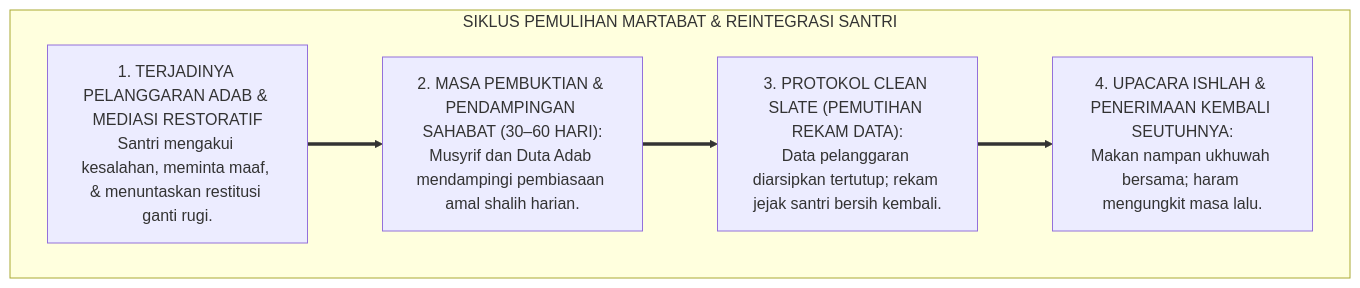
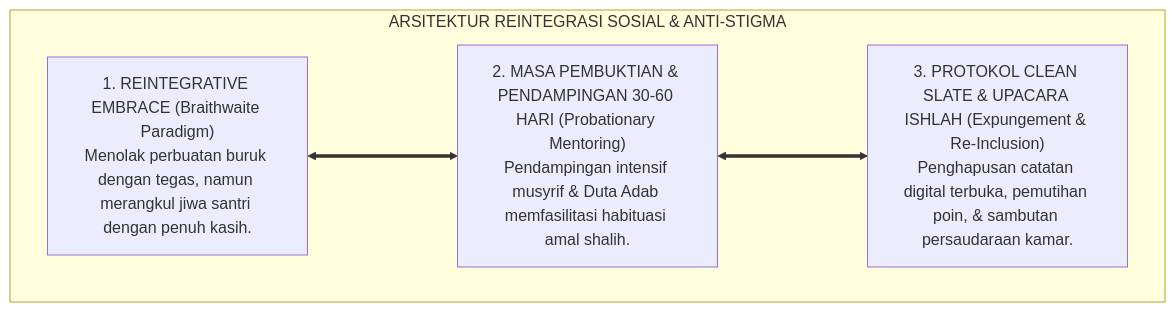
The second of 3 diagrams in 02 Principles/06 Intervention Principles/P2-06-06-Prinsip-Reintegrasi-dan-Pemulihan-Stigma-Santri-Pasca-Pelanggaran.md (wandiapriliyandi/tumbuh), drawn with Mermaid before and after one commit. The commit also changed other lines of this file and 7 other files, not shown here.

````diff
--- a/02 Principles/06 Intervention Principles/P2-06-06-Prinsip-Reintegrasi-dan-Pemulihan-Stigma-Santri-Pasca-Pelanggaran.md
+++ b/02 Principles/06 Intervention Principles/P2-06-06-Prinsip-Reintegrasi-dan-Pemulihan-Stigma-Santri-Pasca-Pelanggaran.md
@@ -53,14 +113,13 @@
 ```mermaid
 flowchart TD
-    subgraph DinamikaReintegrasiTUMBUH["SIKLUS PEMULIHAN MARTABAT & REINTEGRASI SANTRI"]
-        Pelanggaran["1. TERJADINYA PELANGGARAN ADAB & MEDIASI RESTORATIF<br/>Santri mengakui kesalahan, meminta maaf, & menuntaskan restitusi ganti rugi."]
+    subgraph ArsitekturReintegrasiTUMBUH["ARSITEKTUR REINTEGRASI SOSIAL & ANTI-STIGMA"]
         
-        MasaTransisi["2. MASA PEMBUKTIAN & PENDAMPINGAN SAHABAT (30–60 HARI):<br/>Musyrif dan Duta Adab mendampingi pembiasaan amal shalih harian."]
+        S1_Sayap["1. REINTEGRATIVE EMBRACE (Braithwaite Paradigm)<br/>Menolak perbuatan buruk dengan tegas, namun merangkul jiwa santri dengan penuh kasih."]
         
-        PembersihanJejak["3. PROTOKOL CLEAN SLATE (PEMUTIHAN REKAM DATA):<br/>Data pelanggaran diarsipkan tertutup; rekam jejak santri bersih kembali."]
+        S2_Sayap["2. MASA PEMBUKTIAN & PENDAMPINGAN 30-60 HARI (Probationary Mentoring)<br/>Pendampingan intensif musyrif & Duta Adab memfasilitasi habituasi amal shalih."]
         
-        PenerimaanKomunal["4. UPACARA ISHLAH & PENERIMAAN KEMBALI SEUTUHNYA:<br/>Makan nampan ukhuwah bersama; haram mengungkit masa lalu."]
+        S3_Sayap["3. PROTOKOL CLEAN SLATE & UPACARA ISHLAH (Expungement & Re-Inclusion)<br/>Penghapusan catatan digital terbuka, pemutihan poin, & sambutan persaudaraan kamar."]
         
-        Pelanggaran ==> MasaTransisi ==> PembersihanJejak ==> PenerimaanKomunal
+        S1_Sayap <===> S2_Sayap <===> S3_Sayap
     end
 ```
````
